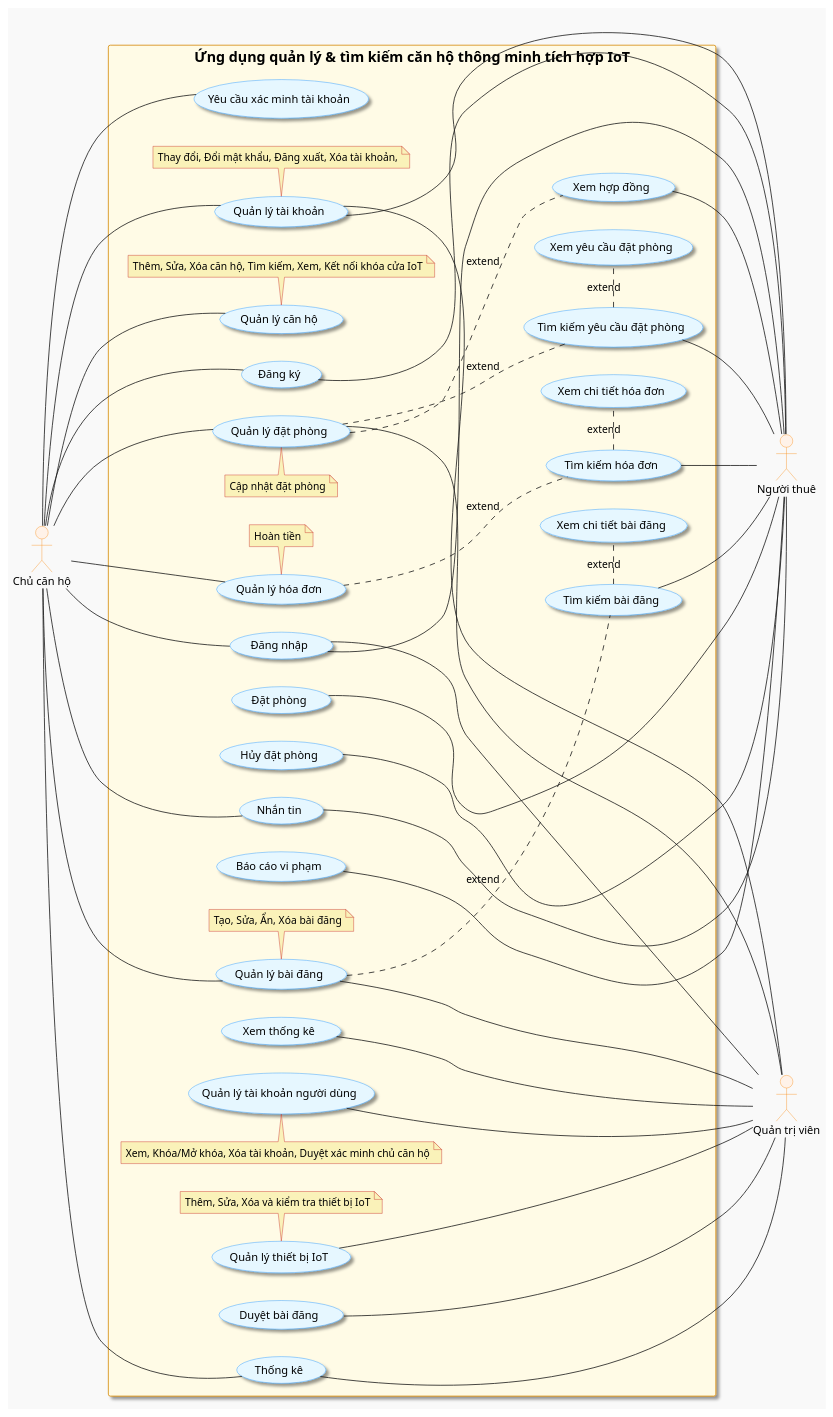
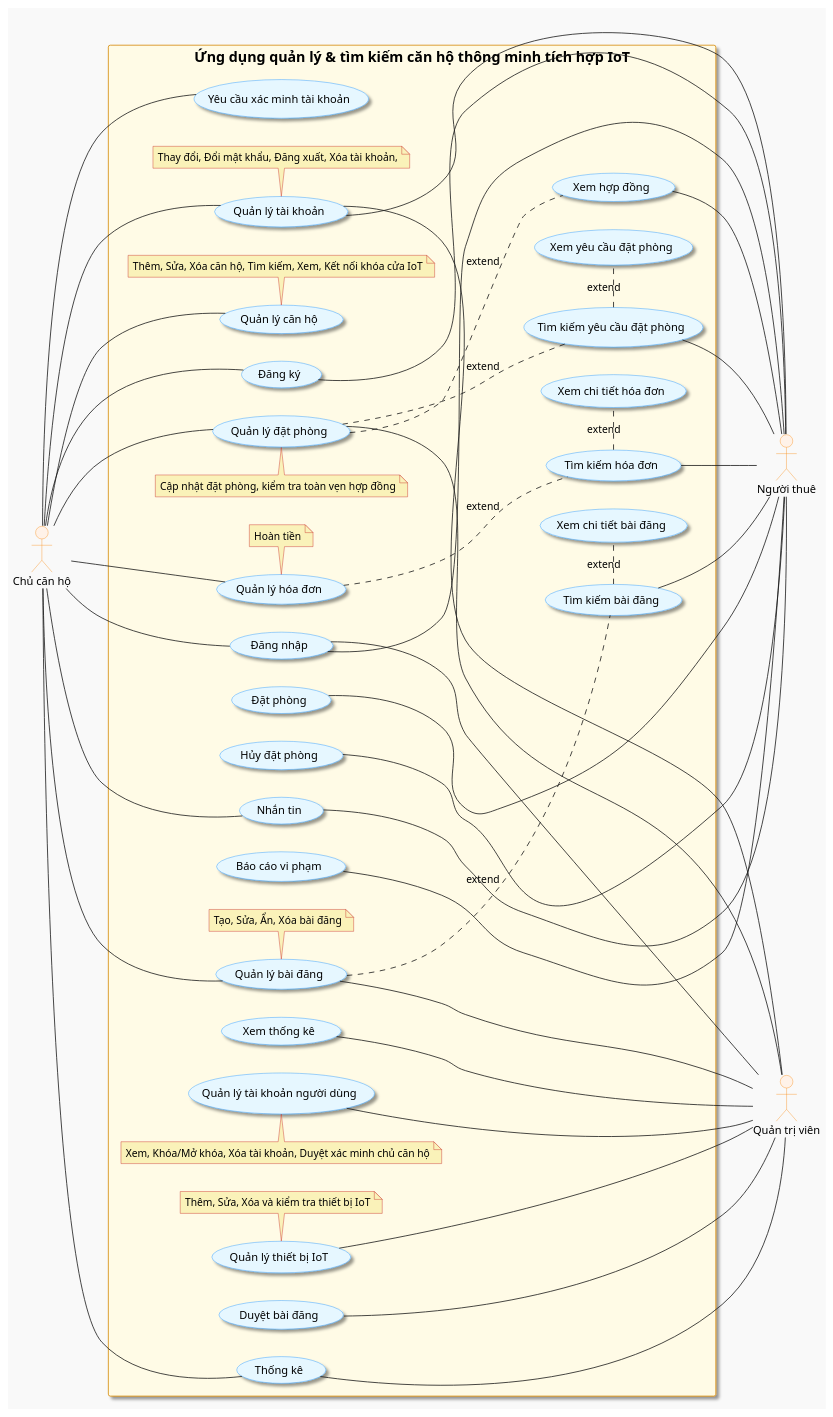
One commit to nho-moi-so/quan-ly-tim-kiem-phong-tro changed the diagram in diagrams/usecase.puml. Above: the diagram before and after it, drawn with PlantUML.

Commit message:
feat: Update manage_booking use case to include contract integrity check

```diff
--- a/diagrams/usecase.puml
+++ b/diagrams/usecase.puml
@@ -2,145 +2,145 @@
 @startuml usecase-diagram
 skinparam shadowing false
 skinparam backgroundColor #f9f9f9
 skinparam usecase {
     BackgroundColor #e6f7ff
     BorderColor #1890ff
     FontColor #000000
     FontSize 14
     Shadowing true
 }
 skinparam actor {
     BackgroundColor #fff2e8
     BorderColor #fa8c16
     FontColor #000000
     FontSize 14
 }
 skinparam rectangle {
     BackgroundColor #fffbe6
     BorderColor #d48806
     FontColor #000000
     FontSize 18
     Shadowing true
 }
 skinparam note{
     BackgroundColor #faf2b9
     BorderColor #c51c1c
 }
 left to right direction
 
 actor "Quản trị viên" as Admin
 actor "Người thuê" as Guest
 actor "Chủ căn hộ" as Owner
 
 rectangle "Ứng dụng quản lý & tìm kiếm căn hộ thông minh tích hợp IoT"{
 ' Các chức năng của Chủ căn hộ
 ' usecase "Đăng xuất" as logout
 usecase "Đăng nhập" as login
 usecase "Đăng ký" as register
 usecase "Quản lý tài khoản" as manage_account
 note bottom of manage_account: Thay đổi, Đổi mật khẩu, Đăng xuất, Xóa tài khoản,
 usecase "Yêu cầu xác minh tài khoản" as request_owner_verification
 
 usecase "Quản lý căn hộ" as manage_apartment
 note bottom of manage_apartment: Thêm, Sửa, Xóa căn hộ, Tìm kiếm, Xem, Kết nối khóa cửa IoT
 ' usecase "Kết nối khóa cửa IoT" as connect_iot_lock
 ' manage_apartment .. connect_iot_lock: extend
 
 usecase "Quản lý đặt phòng" as manage_booking
-note top of manage_booking: Cập nhật đặt phòng
+note top of manage_booking: Cập nhật đặt phòng, kiểm tra toàn vẹn hợp đồng
 usecase "Xem hợp đồng" as view_booking_contract
 manage_booking .. view_booking_contract: extend
 usecase "Quản lý hóa đơn" as manage_invoice
 note bottom of manage_invoice: Hoàn tiền
 usecase "Quản lý bài đăng" as manage_post
 note bottom of manage_post: Tạo, Sửa, Ẩn, Xóa bài đăng
 usecase "Nhắn tin" as messaging
 usecase "Thống kê" as statistics
 
 ' Các chức năng của Người thuê
 ' usecase "Quản lý tài khoản" as manage_account
 ' usecase "Đăng xuất" as logout
 ' usecase "Đăng nhập" as login
 ' usecase "Đăng ký" as register
 ' usecase "Tìm kiếm căn hộ" as search_apartment
 ' usecase "Xem chi tiết căn hộ" as view_apartment_details
 ' manage_apartment .. search_apartment: extend
 ' search_apartment . view_apartment_details: extend
 
 usecase "Đặt phòng" as book_apartment
 usecase "Hủy đặt phòng" as cancel_booking
 
 usecase "Tìm kiếm yêu cầu đặt phòng" as search_booking
 manage_booking .. search_booking: extend
 usecase "Xem yêu cầu đặt phòng" as view_booking_requests
 search_booking . view_booking_requests: extend
 
 
 usecase "Tìm kiếm hóa đơn" as search_invoices
 manage_invoice .. search_invoices: extend
 usecase "Xem chi tiết hóa đơn" as view_invoice_details
 search_invoices . view_invoice_details: extend
 usecase "Tìm kiếm bài đăng" as search_posts
 manage_post .. search_posts: extend
 usecase "Xem chi tiết bài đăng" as view_post_details
 search_posts . view_post_details: extend
 ' usecase "Nhắn tin" as messaging
 
 usecase "Báo cáo vi phạm" as report_violation
 
 ' Các chức năng của Quản trị viên
 usecase "Quản lý tài khoản người dùng" as manage_user_accounts
 note top of manage_user_accounts: Xem, Khóa/Mở khóa, Xóa tài khoản, Duyệt xác minh chủ căn hộ
 ' usecase "Đăng xuất" as logout
 ' usecase "Đăng nhập" as login
 ' usecase "Đổi mật khẩu" as change_password
 ' manage_account .. change_password: extend
 'usecase "Quản lý bài đăng" as manage_post
 usecase "Duyệt bài đăng" as approve_posts
 ' usecase "Thống kê" as statistics
 usecase "Xem thống kê" as view_statistics
 usecase "Quản lý thiết bị IoT" as manage_iot_devices
 note bottom of manage_iot_devices: Thêm, Sửa, Xóa và kiểm tra thiết bị IoT
 
 ' nối các usecase
 'Chủ căn hộ
 (Owner) -- (login)
 (Owner) -- (register)
 (Owner) -- (manage_account)
 (request_owner_verification) - (Owner)
 (Owner) -- (manage_apartment)
 (Owner) -- (manage_booking)
 (Owner) -- (manage_invoice)
 (Owner) -- (manage_post)
 (Owner) -- (messaging)
 (Owner) -- (statistics)
 
 
 'Người thuê
 (register) - (Guest)
 (login) - (Guest)
 (manage_account) -- (Guest)
 (search_posts) -- (Guest)
 (book_apartment) - (Guest)
 (cancel_booking) - (Guest)
 (search_booking) -- (Guest)
 (search_invoices) -- (Guest)
 (view_booking_contract) -- (Guest)
 (messaging) - (Guest)
 (report_violation) - (Guest)
 
 'Quản trị viên
 (login) --- (Admin)
 (manage_user_accounts) - (Admin)
 (manage_account) -- (Admin)
 (manage_post) -- (Admin)
 (approve_posts) - (Admin)
 ' (change_password) -- (Admin)
 (statistics) - (Admin)
 (view_statistics) -- (Admin)
 (manage_iot_devices) - (Admin)
 (manage_booking) -- (Admin)
 
 
 }
 @enduml
```
